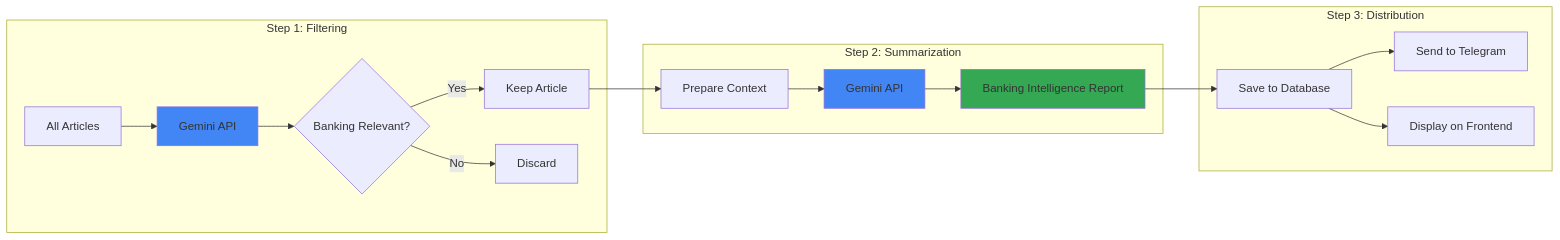
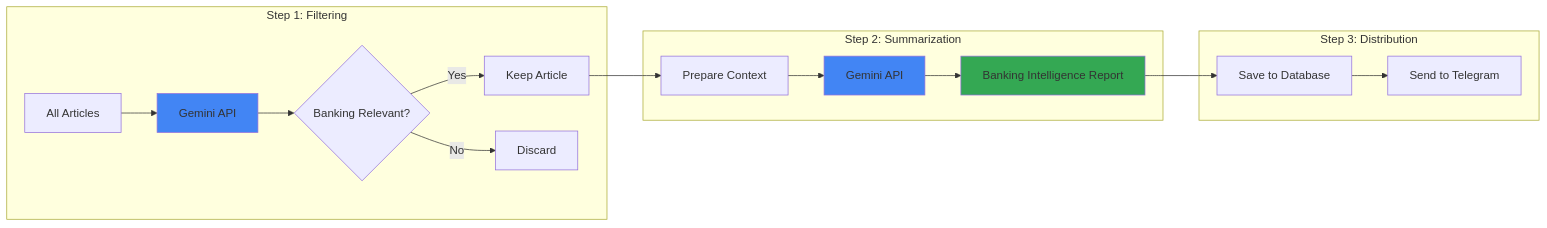
The fourth of 5 diagrams in README.md (GameHelix/cut_the_rope), drawn with Mermaid before and after one commit. The commit also changed other lines of this file and 28 other files, not shown here.

````diff
--- a/README.md
+++ b/README.md
@@ -253,25 +241,24 @@
 ```mermaid
 flowchart LR
     subgraph "Step 1: Filtering"
         A[All Articles] --> B[Gemini API]
         B --> C{Banking Relevant?}
         C -->|Yes| D[Keep Article]
         C -->|No| E[Discard]
     end
 
     subgraph "Step 2: Summarization"
         D --> F[Prepare Context]
         F --> G[Gemini API]
         G --> H[Banking Intelligence Report]
     end
 
     subgraph "Step 3: Distribution"
         H --> I[Save to Database]
         I --> J[Send to Telegram]
-        I --> K[Display on Frontend]
     end
 
     style B fill:#4285f4
     style G fill:#4285f4
     style H fill:#34a853
 ```
````
